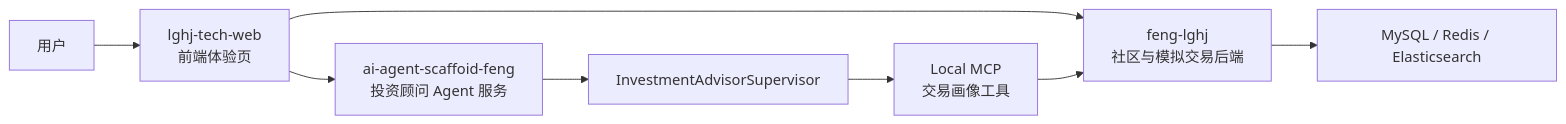
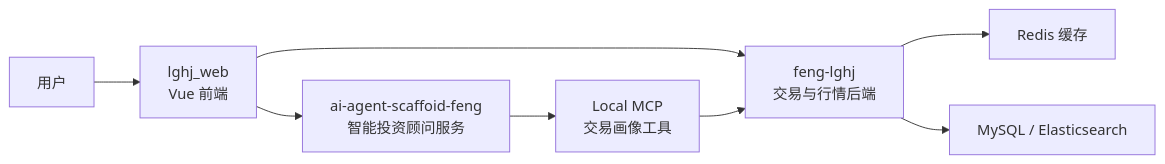
One commit to X-feng-X/lghj changed the diagram in README.md. Above: the diagram before and after it, drawn with Mermaid. The commit also changed other lines of this file and 63 other files, not shown here.

Commit message:
feat: update investment advisor dashboard

````diff
--- a/README.md
+++ b/README.md
@@ -38,18 +43,18 @@
 ```mermaid
 flowchart LR
     User["用户"]
-    Web["lghj-tech-web<br/>前端体验页"]
-    Trade["feng-lghj<br/>社区与模拟交易后端"]
-    Agent["ai-agent-scaffoid-feng<br/>投资顾问 Agent 服务"]
-    Supervisor["InvestmentAdvisorSupervisor"]
+    Web["lghj_web<br/>Vue 前端"]
+    Backend["feng-lghj<br/>交易与行情后端"]
+    Agent["ai-agent-scaffoid-feng<br/>智能投资顾问服务"]
+    Redis["Redis 缓存"]
+    DB["MySQL / Elasticsearch"]
     MCP["Local MCP<br/>交易画像工具"]
-    DB["MySQL / Redis / Elasticsearch"]
 
     User --> Web
-    Web --> Trade
+    Web --> Backend
     Web --> Agent
-    Trade --> DB
-    Agent --> Supervisor
-    Supervisor --> MCP
-    MCP --> Trade
+    Backend --> Redis
+    Backend --> DB
+    Agent --> MCP
+    MCP --> Backend
 ```
````
